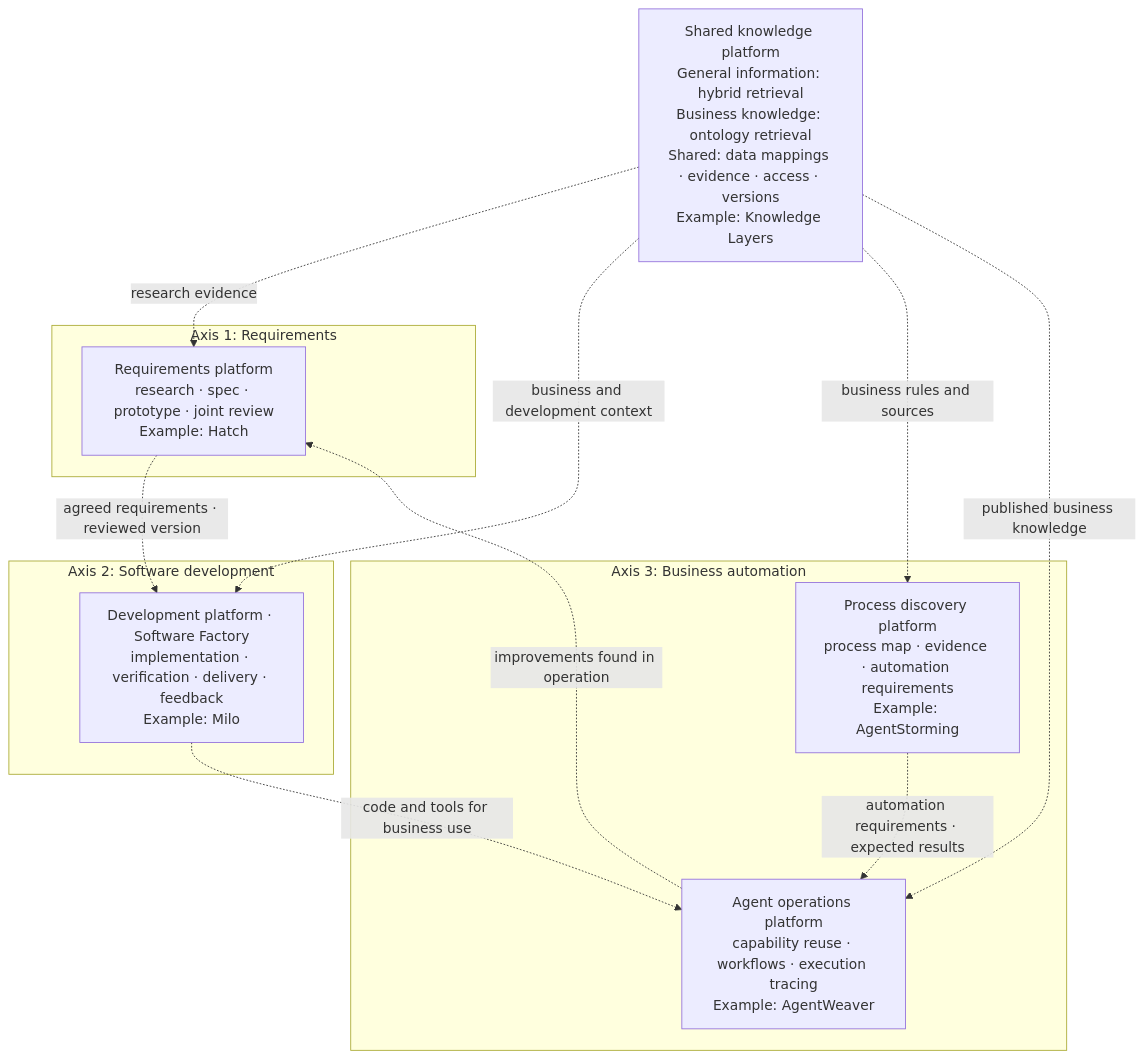
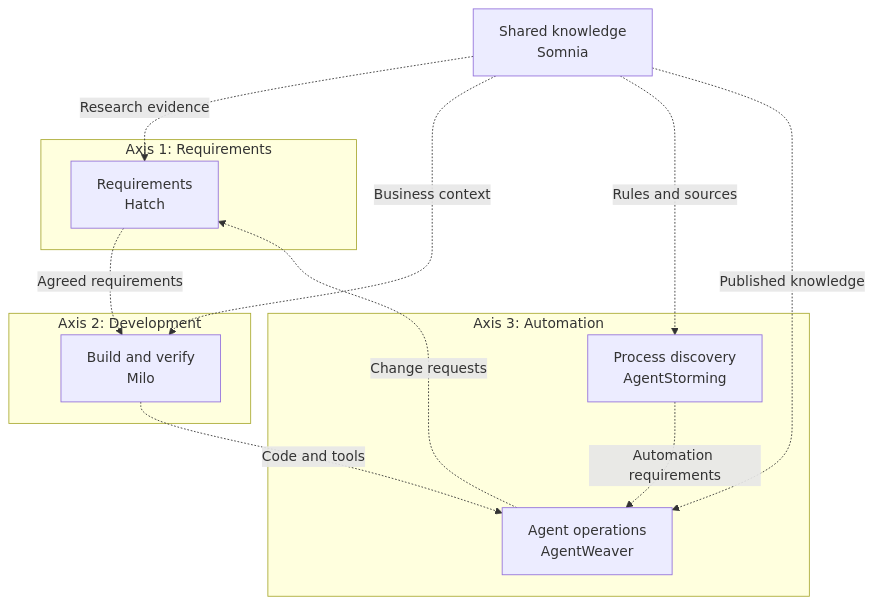
One commit to haandol/haandol.github.com changed the first of 9 diagrams in _en/2026-11-05-enterprise-wide-ax-essentials.md. Above: the diagram before and after it, drawn with Mermaid. The commit also changed other lines of this file and 1 other file, not shown here.

Commit message:
docs: connect DDD knowledge and execution review loops

````diff
--- a/_en/2026-11-05-enterprise-wide-ax-essentials.md
+++ b/_en/2026-11-05-enterprise-wide-ax-essentials.md
@@ -54,22 +54,22 @@
 ```mermaid
 flowchart TB
   subgraph X1["Axis 1: Requirements"]
-    H["Requirements platform<br/>research · spec · prototype · joint review<br/>Example: Hatch"]
+    H["Requirements<br/>Hatch"]
   end
-  subgraph X2["Axis 2: Software development"]
-    F["Development platform · Software Factory<br/>implementation · verification · delivery · feedback<br/>Example: Milo"]
+  subgraph X2["Axis 2: Development"]
+    F["Build and verify<br/>Milo"]
   end
-  subgraph X3["Axis 3: Business automation"]
-    S["Process discovery platform<br/>process map · evidence · automation requirements<br/>Example: AgentStorming"]
-    W["Agent operations platform<br/>capability reuse · workflows · execution tracing<br/>Example: AgentWeaver"]
-    S -.->|"automation requirements · expected results"| W
+  subgraph X3["Axis 3: Automation"]
+    S["Process discovery<br/>AgentStorming"]
+    W["Agent operations<br/>AgentWeaver"]
+    S -.->|"Automation requirements"| W
   end
-  H -.->|"agreed requirements · reviewed version"| F
-  F -.->|"code and tools for business use"| W
-  W -.->|"improvements found in operation"| H
-  K["Shared knowledge platform<br/>General information: hybrid retrieval<br/>Business knowledge: ontology retrieval<br/>Shared: data mappings · evidence · access · versions<br/>Example: Knowledge Layers"]
-  K -.->|"research evidence"| H
-  K -.->|"business and development context"| F
-  K -.->|"business rules and sources"| S
-  K -.->|"published business knowledge"| W
+  H -.->|"Agreed requirements"| F
+  F -.->|"Code and tools"| W
+  W -.->|"Change requests"| H
+  K["Shared knowledge<br/>Somnia"]
+  K -.->|"Research evidence"| H
+  K -.->|"Business context"| F
+  K -.->|"Rules and sources"| S
+  K -.->|"Published knowledge"| W
 ```
````
